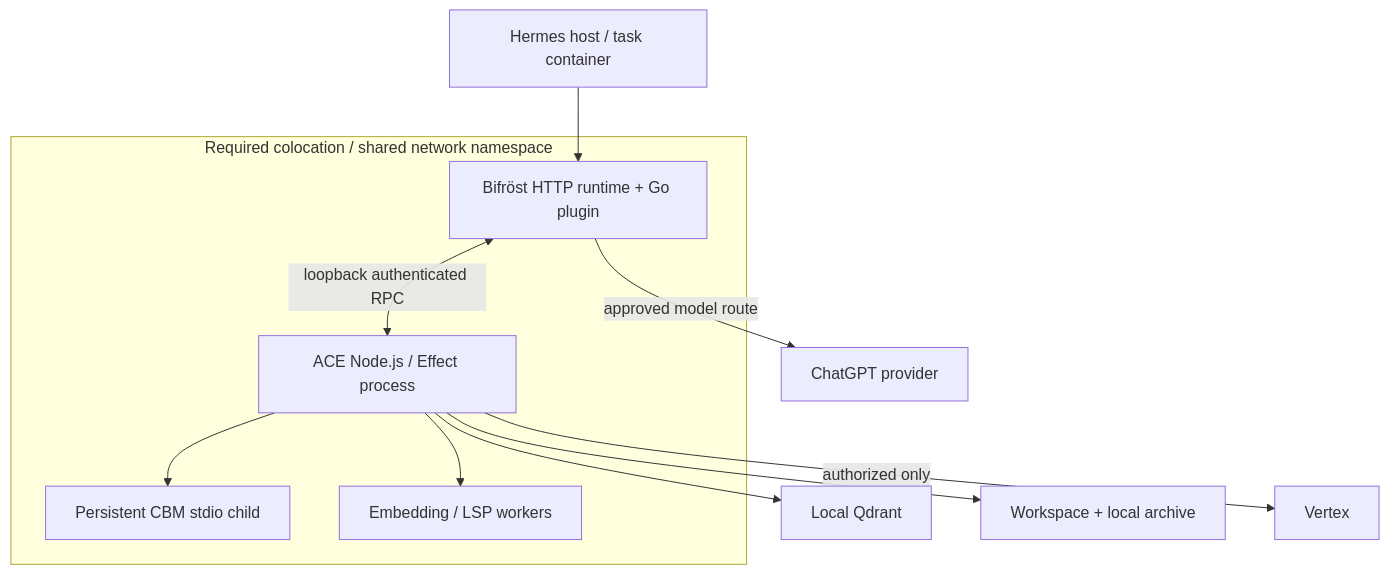
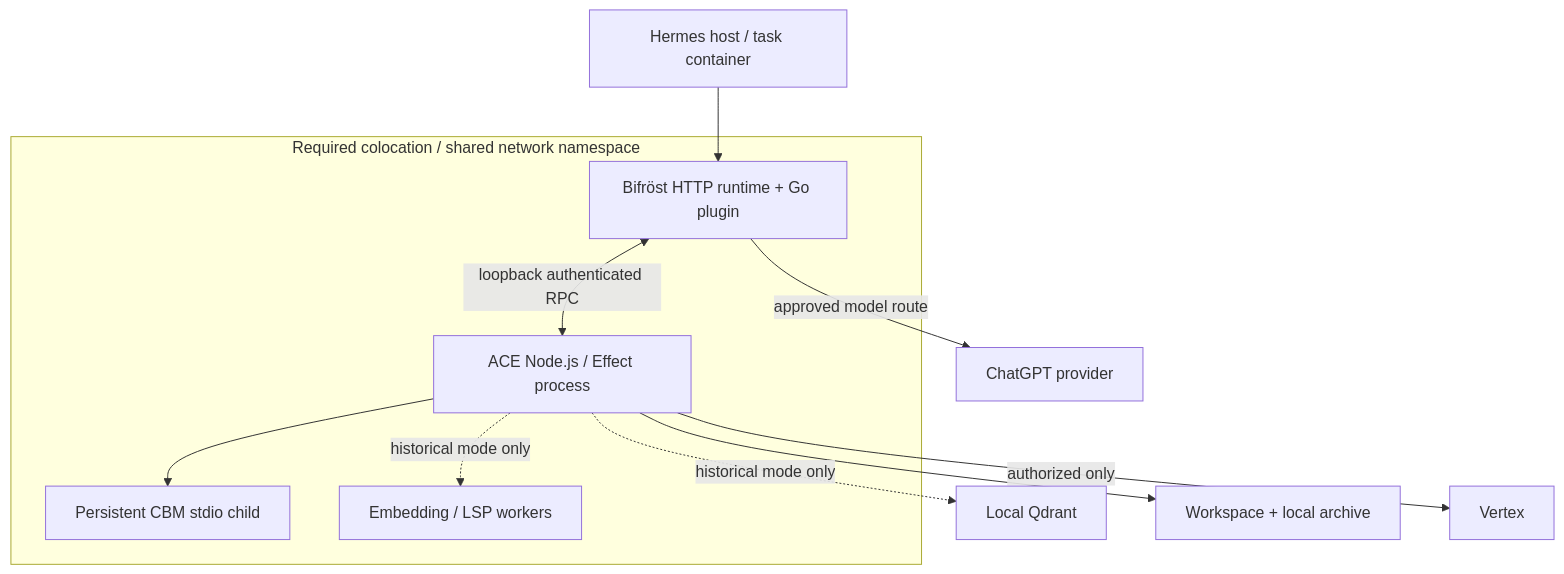
One commit to chris-madsen/Hybrid-RAG changed the diagram in docs/architecture/views/deployment.md. Above: the diagram before and after it, drawn with Mermaid. The commit also changed other lines of this file and 15 other files, not shown here.

Commit message:
docs: reconcile current architecture and operations with native CBM migration evidence

```diff
--- a/docs/architecture/views/deployment.md
+++ b/docs/architecture/views/deployment.md
@@ -9,13 +9,13 @@
 ~~~mermaid
 flowchart TD
     Agent["Hermes host / task container"] --> B["Bifröst HTTP runtime + Go plugin"]
     subgraph Local["Required colocation / shared network namespace"]
         B <-->|"loopback authenticated RPC"| A["ACE Node.js / Effect process"]
         A --> CBM["Persistent CBM stdio child"]
-        A --> W["Embedding / LSP workers"]
+        A -. "historical mode only" .-> W["Embedding / LSP workers"]
     end
-    A --> Q["Local Qdrant"]
+    A -. "historical mode only" .-> Q["Local Qdrant"]
     A --> S["Workspace + local archive"]
     A -->|"authorized only"| V["Vertex"]
     B -->|"approved model route"| P["ChatGPT provider"]
 ~~~
```
